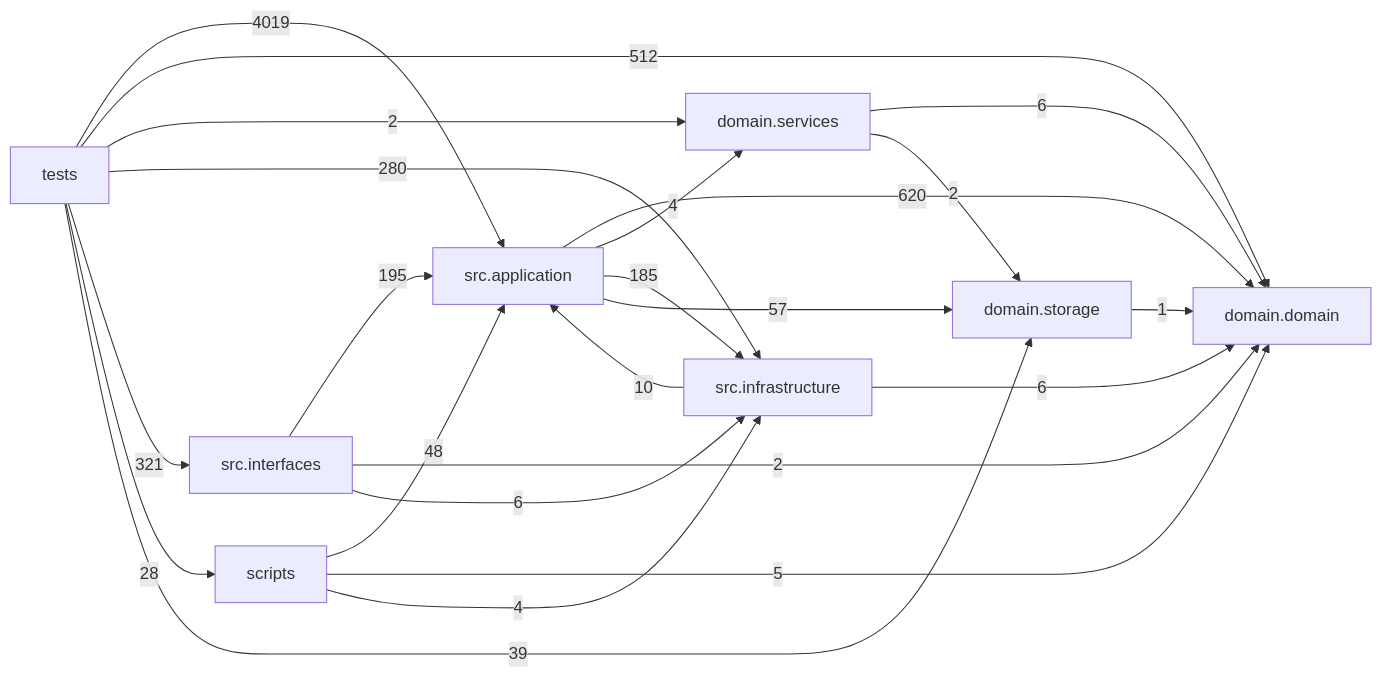
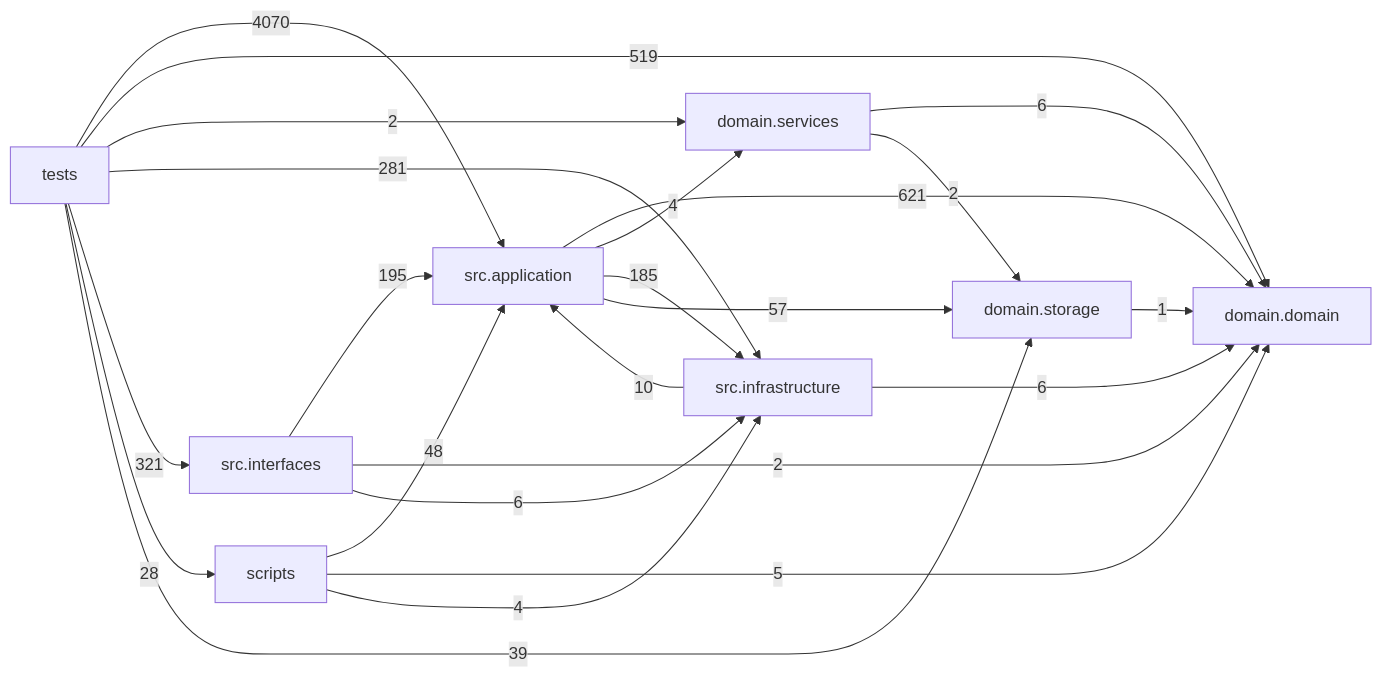
Before and after one commit to liuxie066/options-monitor: the diagram in docs/DEPENDENCY_GRAPH.md, drawn with Mermaid. The commit also changed other lines of this file and 29 other files, not shown here.

````diff
--- a/docs/DEPENDENCY_GRAPH.md
+++ b/docs/DEPENDENCY_GRAPH.md
@@ -24,33 +24,33 @@
 ```mermaid
 flowchart LR
   tests["tests"]
   scripts["scripts"]
   interfaces["src.interfaces"]
   application["src.application"]
   infrastructure["src.infrastructure"]
   domain_services["domain.services"]
   domain["domain.domain"]
   storage["domain.storage"]
-  application -->|620| domain
+  application -->|621| domain
   application -->|4| domain_services
   application -->|185| infrastructure
   application -->|57| storage
   domain_services -->|6| domain
   domain_services -->|2| storage
   infrastructure -->|10| application
   infrastructure -->|6| domain
   interfaces -->|195| application
   interfaces -->|2| domain
   interfaces -->|6| infrastructure
   scripts -->|48| application
   scripts -->|5| domain
   scripts -->|4| infrastructure
   storage -->|1| domain
-  tests -->|4019| application
-  tests -->|512| domain
+  tests -->|4070| application
+  tests -->|519| domain
   tests -->|2| domain_services
-  tests -->|280| infrastructure
+  tests -->|281| infrastructure
   tests -->|321| interfaces
   tests -->|28| scripts
   tests -->|39| storage
 ```
````
